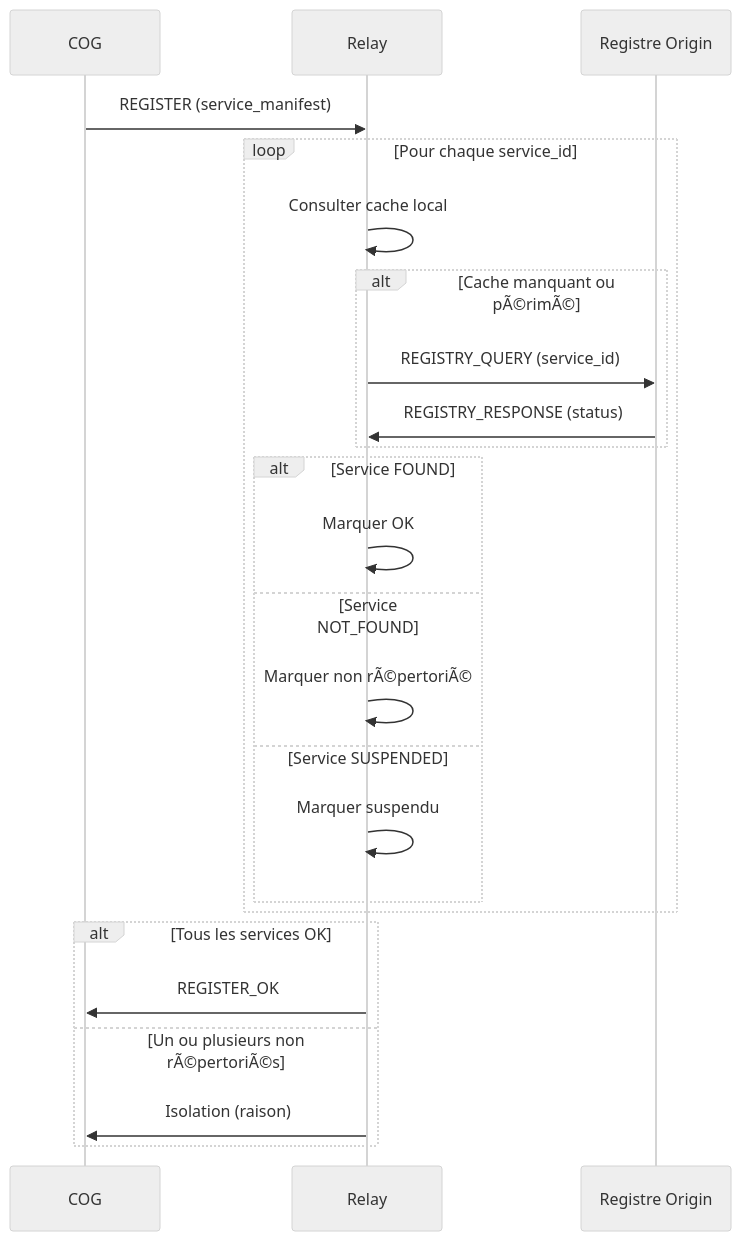
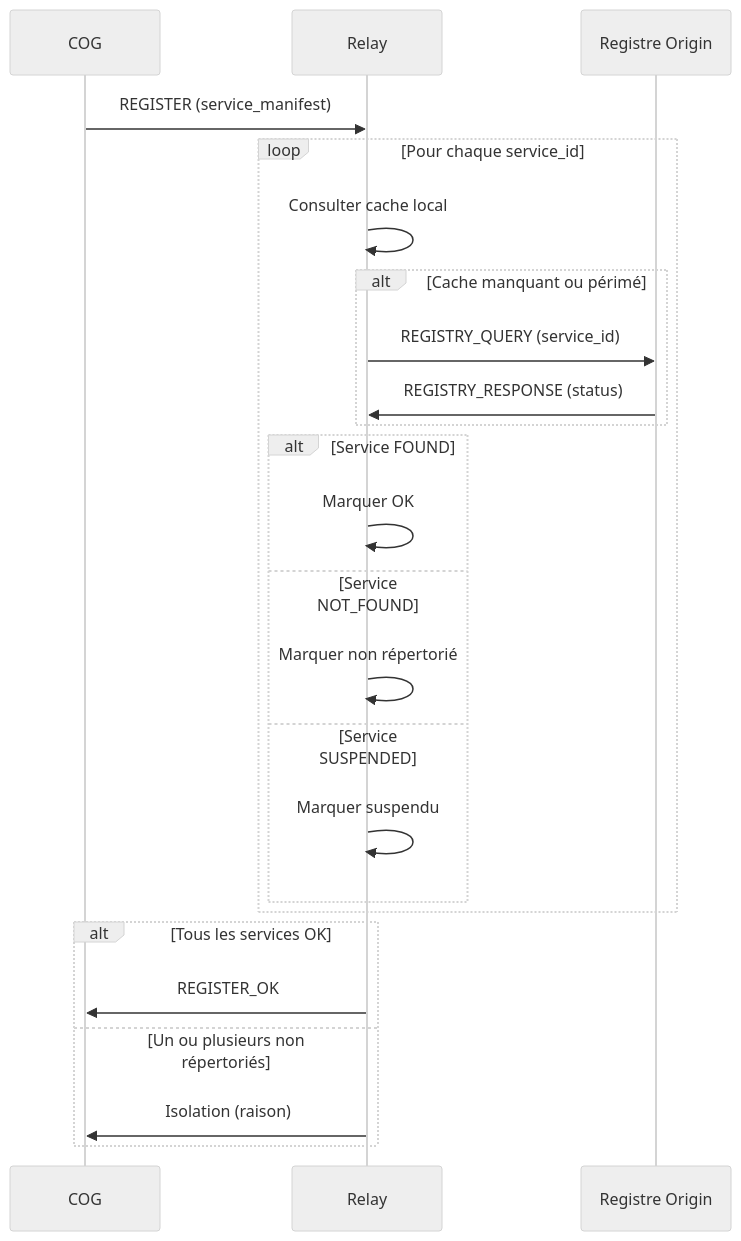
The second of 4 diagrams in docs/miyukini-webway-system/securite/MWS - Registre de Services et Isolation.md (StudioMiyukini/miyukini_cog), drawn with Mermaid (neutral theme) before and after one commit. The commit also changed other lines of this file and 564 other files, not shown here.

````diff
--- a/docs/miyukini-webway-system/securite/MWS - Registre de Services et Isolation.md
+++ b/docs/miyukini-webway-system/securite/MWS - Registre de Services et Isolation.md
@@ -107,27 +107,27 @@
 ```mermaid
 sequenceDiagram
     participant COG as COG
     participant R as Relay
     participant REG as Registre Origin
 
     COG->>R: REGISTER (service_manifest)
     loop Pour chaque service_id
         R->>R: Consulter cache local
-        alt Cache manquant ou pÃ©rimÃ©
+        alt Cache manquant ou périmé
             R->>REG: REGISTRY_QUERY (service_id)
             REG->>R: REGISTRY_RESPONSE (status)
         end
         alt Service FOUND
             R->>R: Marquer OK
         else Service NOT_FOUND
-            R->>R: Marquer non rÃ©pertoriÃ©
+            R->>R: Marquer non répertorié
         else Service SUSPENDED
             R->>R: Marquer suspendu
         end
     end
     alt Tous les services OK
         R->>COG: REGISTER_OK
-    else Un ou plusieurs non rÃ©pertoriÃ©s
+    else Un ou plusieurs non répertoriés
         R->>COG: Isolation (raison)
     end
 ```
````
